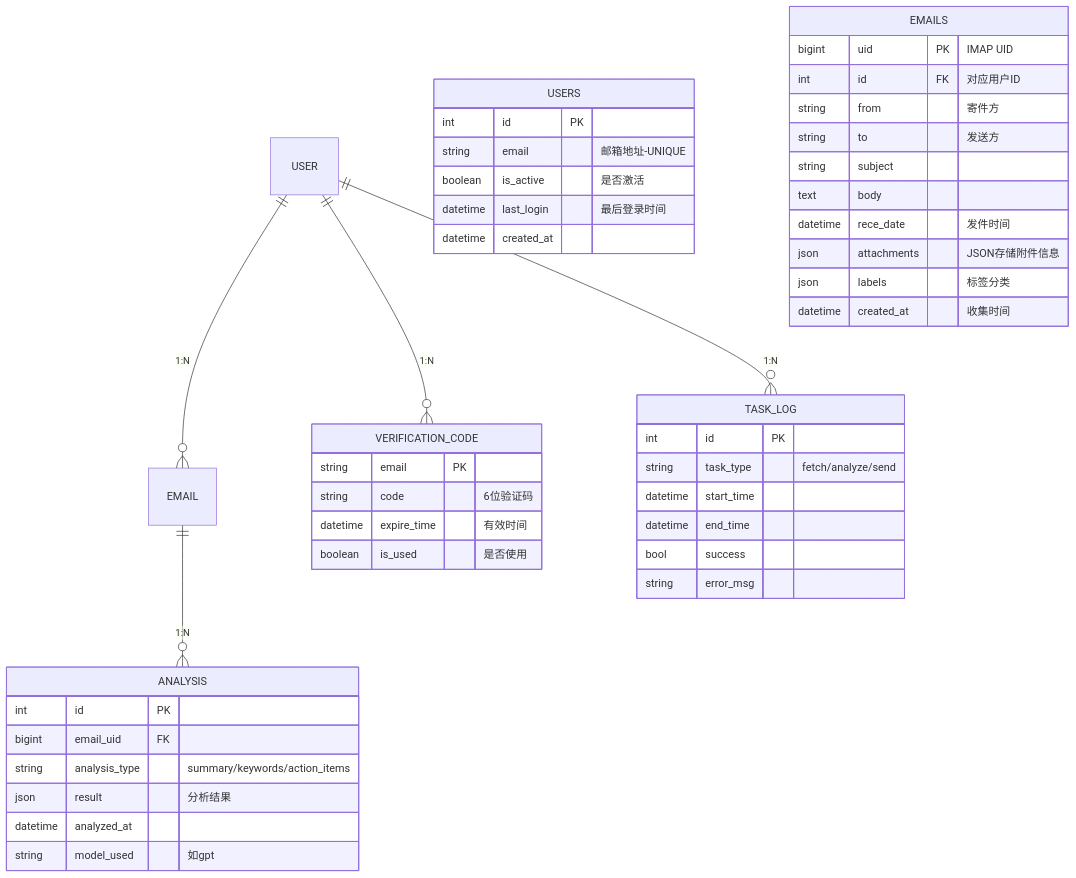
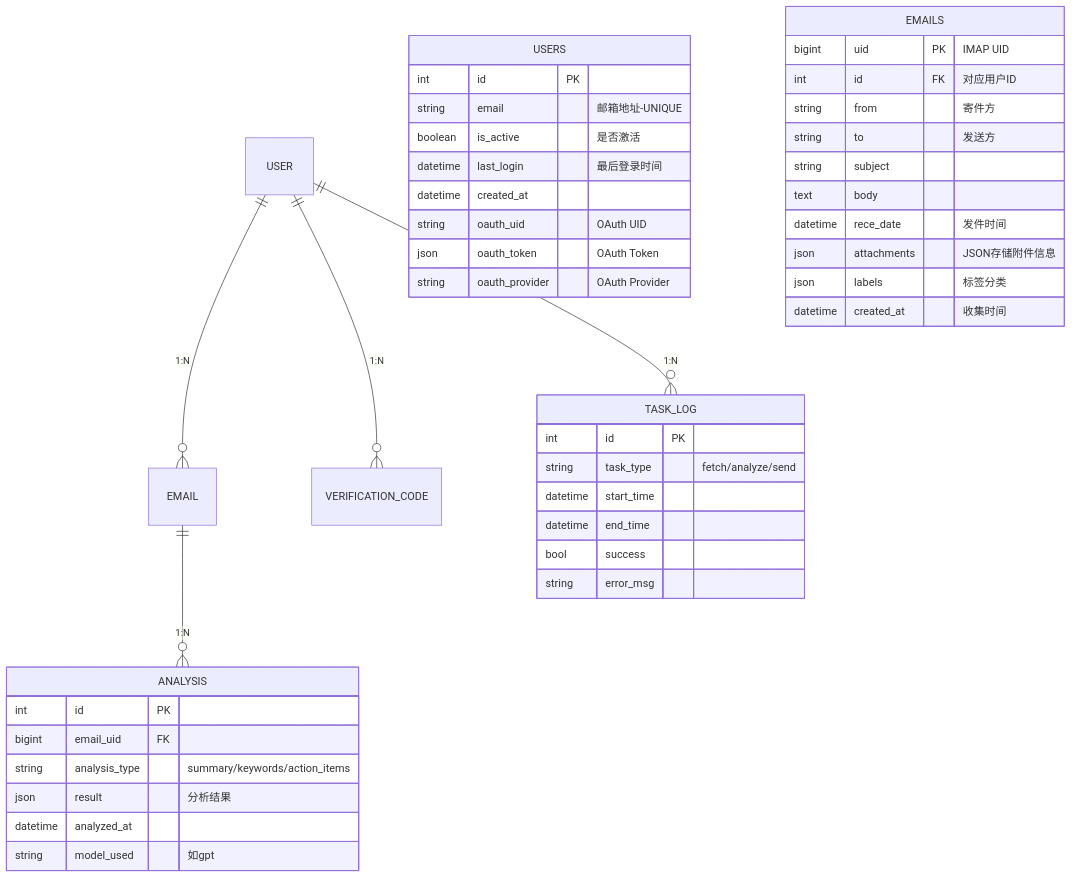
One commit to FeiNiaoBF/MailMind changed the fourth of 5 diagrams in docs/backend.md. Above: the diagram before and after it, drawn with Mermaid. The commit also changed other lines of this file and 12 other files, not shown here.

````diff
--- a/docs/backend.md
+++ b/docs/backend.md
@@ -90,53 +100,49 @@
 ```mermaid
 erDiagram
     USER ||--o{ EMAIL: "1:N"
     USER ||--o{ VERIFICATION_CODE: "1:N"
     USER ||--o{ TASK_LOG: "1:N"
     EMAIL ||--o{ ANALYSIS: "1:N"
 
     USERS {
         int id PK
         string email "邮箱地址-UNIQUE"
         boolean is_active "是否激活"
         datetime last_login "最后登录时间"
         datetime created_at
+        string oauth_uid "OAuth UID"
+        json oauth_token "OAuth Token"
+        string oauth_provider "OAuth Provider"
     }
 
     EMAILS {
         bigint uid PK "IMAP UID"
         int id FK "对应用户ID"
         string from "寄件方"
         string to "发送方"
         string subject
         text body
         datetime rece_date "发件时间"
         json attachments "JSON存储附件信息"
         json labels "标签分类"
         datetime created_at "收集时间"
     }
 
     ANALYSIS {
         int id PK
         bigint email_uid FK
         string analysis_type "summary/keywords/action_items"
         json result "分析结果"
         datetime analyzed_at
         string model_used "如gpt"
     }
 
     TASK_LOG {
         int id PK
         string task_type "fetch/analyze/send"
         datetime start_time
         datetime end_time
         bool success
         string error_msg
     }
-
-    VERIFICATION_CODE {
-        string email PK
-        string code "6位验证码"
-        datetime expire_time "有效时间"
-        boolean is_used "是否使用"
-    }
 ```
````
